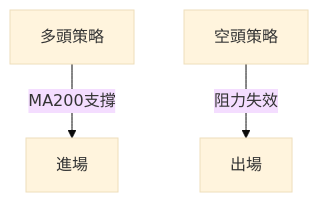
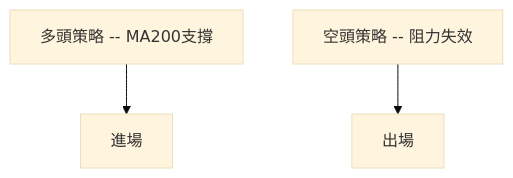
The tenth of 11 diagrams in ai_gen_report/stock/amd/technical_analysis_2026-03-31_openai.md (yennanliu/finance_data), drawn with Mermaid (base theme) before and after one commit. The commit also changed other lines of this file and 2258 other files, not shown here.

First line of the commit message:
chore: backfill Mermaid syntax repair across existing reports

````diff
--- a/ai_gen_report/stock/amd/technical_analysis_2026-03-31_openai.md
+++ b/ai_gen_report/stock/amd/technical_analysis_2026-03-31_openai.md
@@ -309,5 +309,5 @@
 ```mermaid
 graph TD
-    多頭策略 -- MA200支撐 --> 進場
-    空頭策略 -- 阻力失效 --> 出場
+    nb1["多頭策略 -- MA200支撐"] --> 進場
+    nb2["空頭策略 -- 阻力失效"] --> 出場
 ```
````
